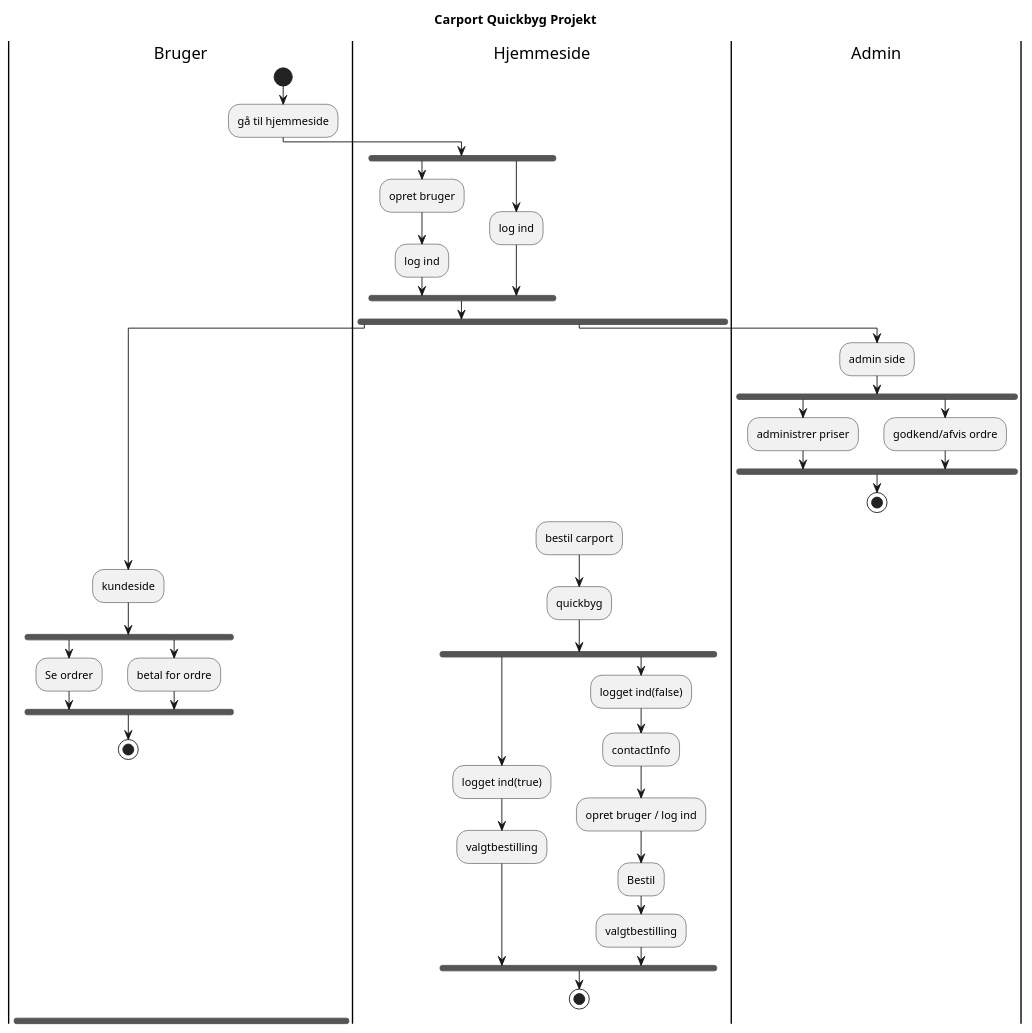
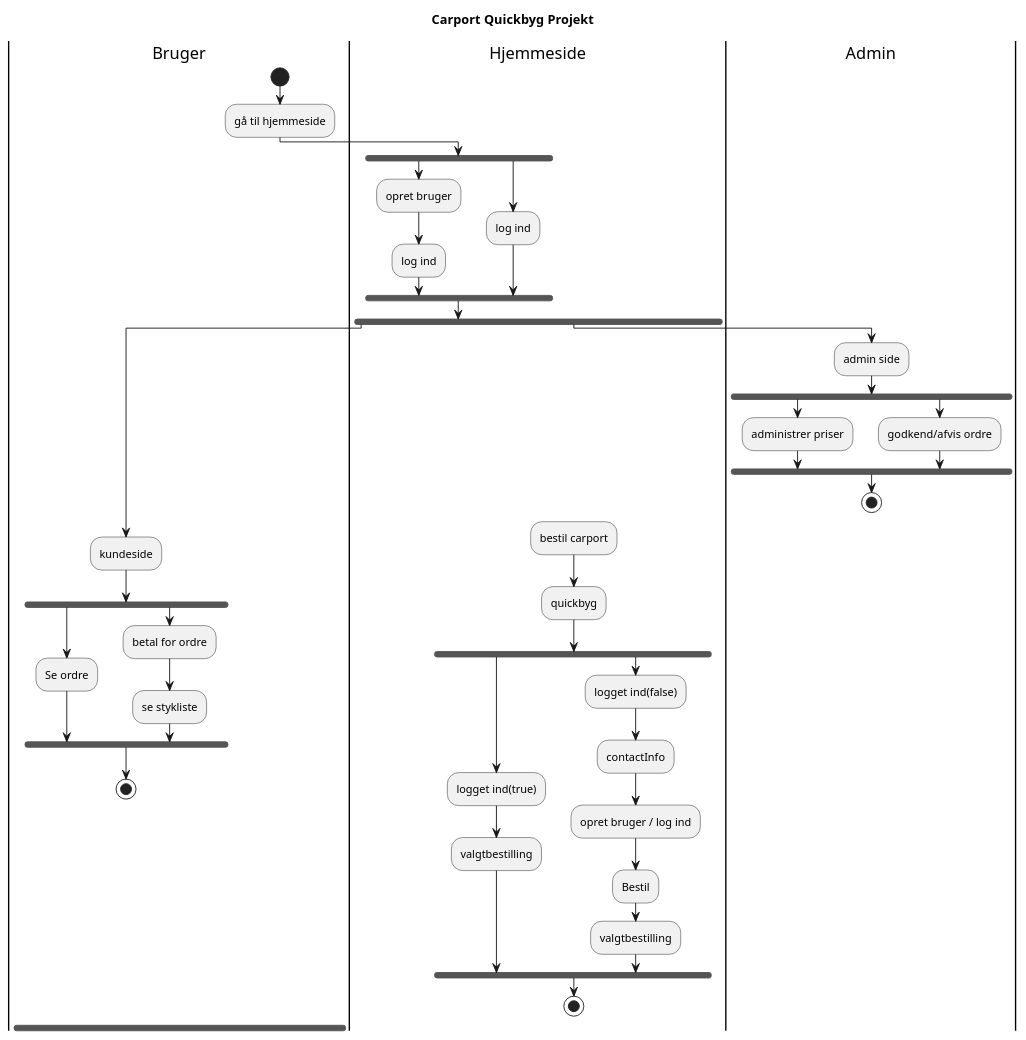
Before and after one commit to JuliusLansner/CarportWebapp: the diagram in src/main/Diagrams/Aktivitetsdiagram.puml, drawn with PlantUML.

```diff
--- a/src/main/Diagrams/Aktivitetsdiagram.puml
+++ b/src/main/Diagrams/Aktivitetsdiagram.puml
@@ -1,46 +1,47 @@
 @startuml
 Title Carport Quickbyg Projekt
 |Bruger|
 start
 :gå til hjemmeside;
 |Hjemmeside|
 
 fork
-:opret bruger; 
+:opret bruger;
 :log ind;
 fork again
 :log ind;
 end fork
 fork
 |Bruger|
 :kundeside;
 fork
-:Se ordrer;
+:Se ordre;
 fork again
 :betal for ordre;
+:se stykliste;
 end fork
 stop
 fork again
 |Admin|
 :admin side;
 fork
 :administrer priser;
 fork again
 :godkend/afvis ordre;
 end fork
 stop
 |Hjemmeside|
 :bestil carport;
 :quickbyg;
 fork
 :logget ind(true);
 :valgtbestilling;
 fork again
 :logget ind(false);
 :contactInfo;
 :opret bruger / log ind;
 :Bestil;
 :valgtbestilling;
 end fork
 stop
 @enduml
```
